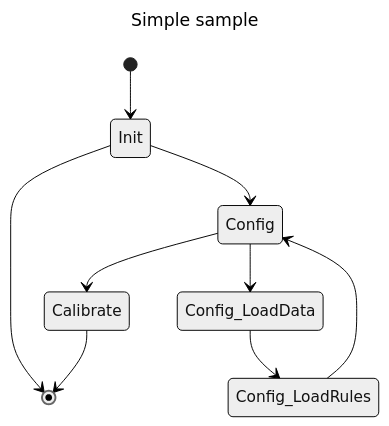
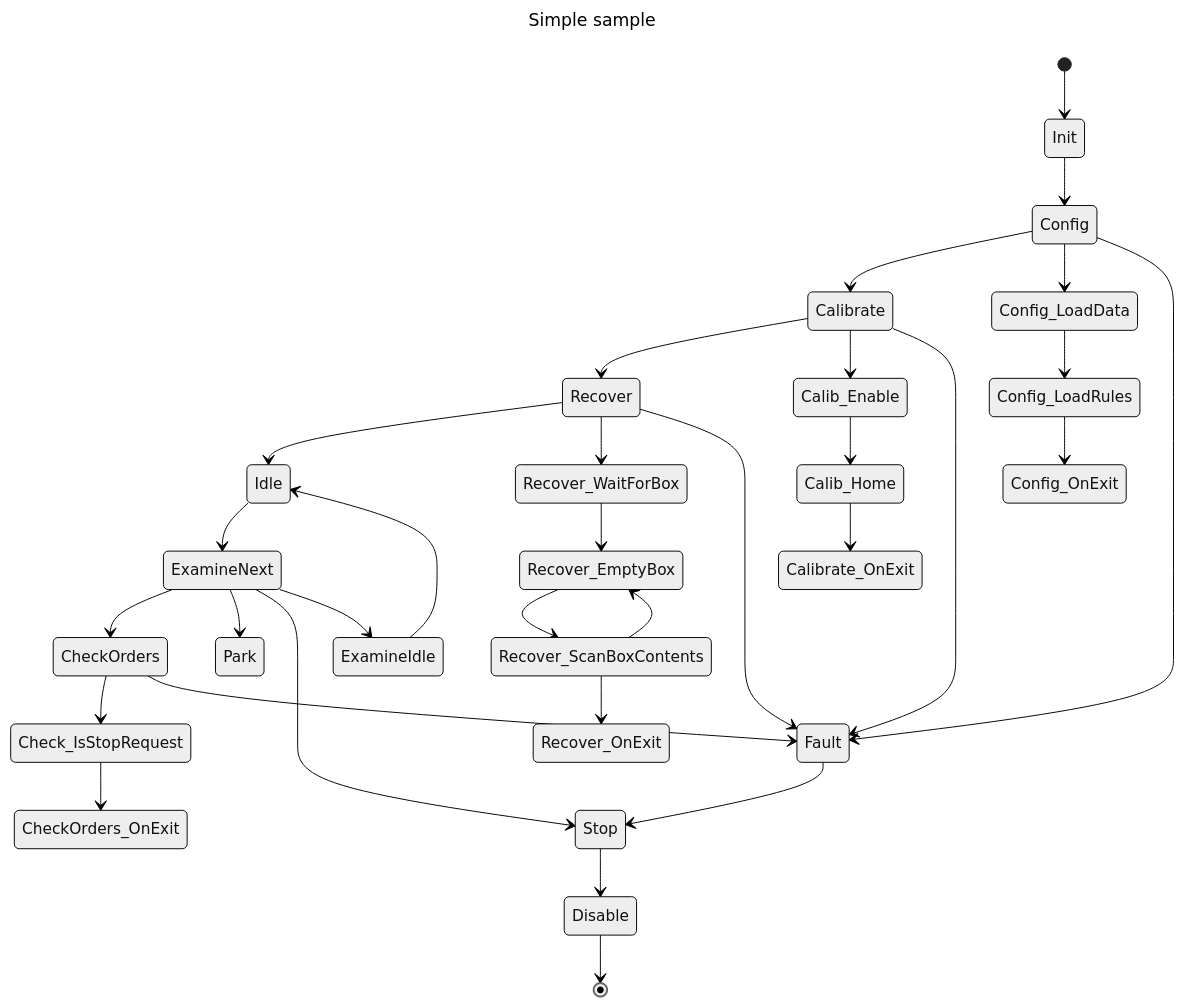
The diagram in docs/Sample - Mk2 - State Messages.md (SuessLabs/Lite.StateMachine), drawn with Mermaid (neutral theme) before and after one commit. The commit also changed other lines of this file and 1 other file, not shown here.

````diff
--- a/docs/Sample - Mk2 - State Messages.md
+++ b/docs/Sample - Mk2 - State Messages.md
@@ -65,17 +91,53 @@
 ```mermaid
 ---
 title: Simple sample
 ---
 stateDiagram-v2
-    [*] --> Init
-    Init --> [*]
+  [*] 		--> Init
+	# Init 	--> [*]
 
-    Init  	--> Config
+	# Main Composite States
+	Init  		--> Config
+	Config		-->	Calibrate
+	Calibrate --> Recover
+	Recover 	--> Idle
+	Idle 			--> ExamineNext
 
-    Config --> Config_LoadData
-    Config_LoadData --> Config_LoadRules
-    Config_LoadRules --> Config
+	## Examine Custom Multi-States
+	## If nothing to do, ExamineIdle --> Idle
+	ExamineNext --> CheckOrders
+	ExamineNext --> Park
+	ExamineNext --> Stop
+	ExamineNext --> ExamineIdle
+	ExamineIdle --> Idle
 
-    Config	-->	Calibrate
-		Calibrate --> [*]
+	# Configuration States
+	Config 						--> Config_LoadData
+	Config --> Fault
+	Config_LoadData 	--> Config_LoadRules
+	Config_LoadRules 	--> Config_OnExit
+
+	# Calibrate States
+	Calibrate 		--> Calib_Enable
+	Calibrate 		--> Fault
+	Calib_Enable 	--> Calib_Home
+	Calib_Home 		--> Calibrate_OnExit
+
+	# Recover States
+	Recover 						--> Recover_WaitForBox  ## Make sure box is empty
+	Recover							--> Fault
+	Recover_WaitForBox 	--> Recover_EmptyBox		## Empty it no matter what
+	Recover_EmptyBox    --> Recover_ScanBoxContents ## Ensure it's empty
+	Recover_ScanBoxContents --> Recover_EmptyBox
+	Recover_ScanBoxContents --> Recover_OnExit
+
+	# CheckOrders States
+	CheckOrders	--> Check_IsStopRequest
+	CheckOrders --> Fault
+	Check_IsStopRequest	--> CheckOrders_OnExit
+
+	# Faulted state
+	Fault --> Stop
+	Stop --> Disable
+	Disable --> [*]
 ```
````
